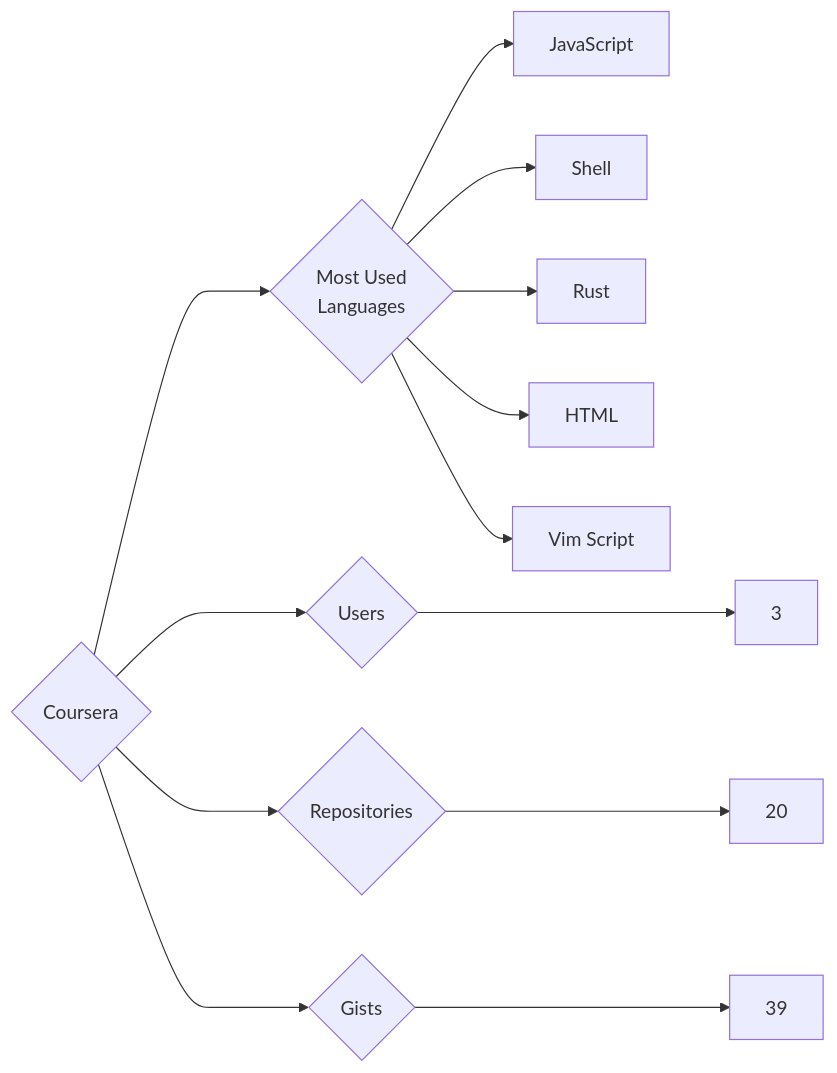
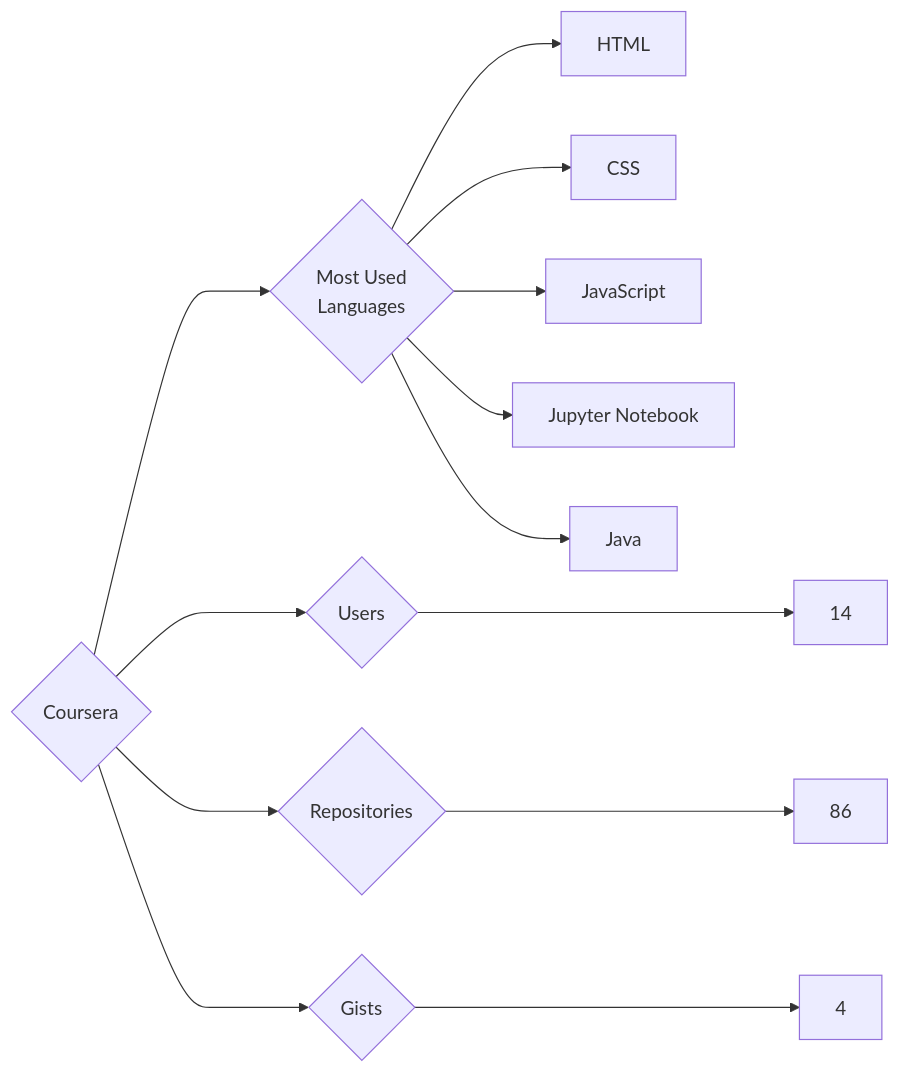
The diagram in targets/Coursera/README.md (trickest/insiders), drawn with Mermaid before and after one commit. The commit also changed 688 other files, not shown here.

````diff
--- a/targets/Coursera/README.md
+++ b/targets/Coursera/README.md
@@ -3,13 +3,13 @@
 ```mermaid
 graph LR
 COMPANY_NAME{Coursera}
-COMPANY_NAME ---> U{Users} ---> UN[3]
-COMPANY_NAME ---> R{Repositories} ---> RN[20]
-COMPANY_NAME ---> G{Gists} ---> GN[39]
+COMPANY_NAME ---> U{Users} ---> UN[14]
+COMPANY_NAME ---> R{Repositories} ---> RN[86]
+COMPANY_NAME ---> G{Gists} ---> GN[4]
 COMPANY_NAME ---> ML{Most Used<br>Languages}
+ML --> HTML[HTML]
+ML --> CSS[CSS]
 ML --> JavaScript[JavaScript]
-ML --> Shell[Shell]
-ML --> Rust[Rust]
-ML --> HTML[HTML]
-ML --> Vim_Script[Vim Script]
+ML --> Jupyter_Notebook[Jupyter Notebook]
+ML --> Java[Java]
 ```
````
